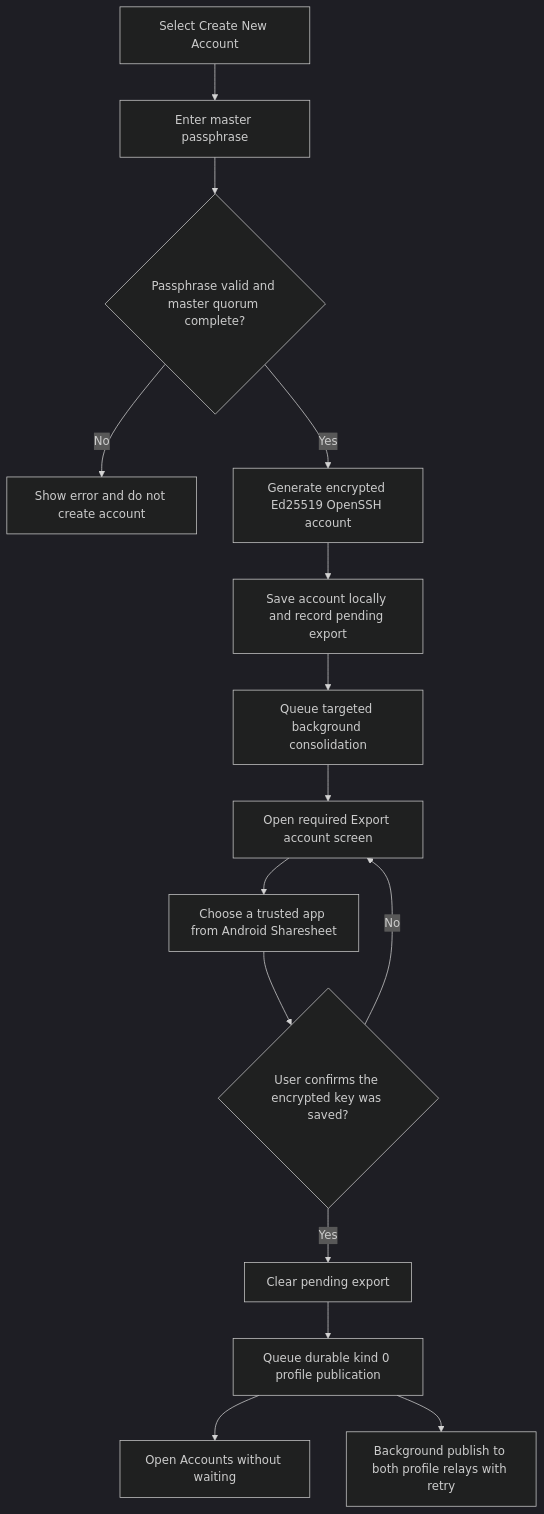
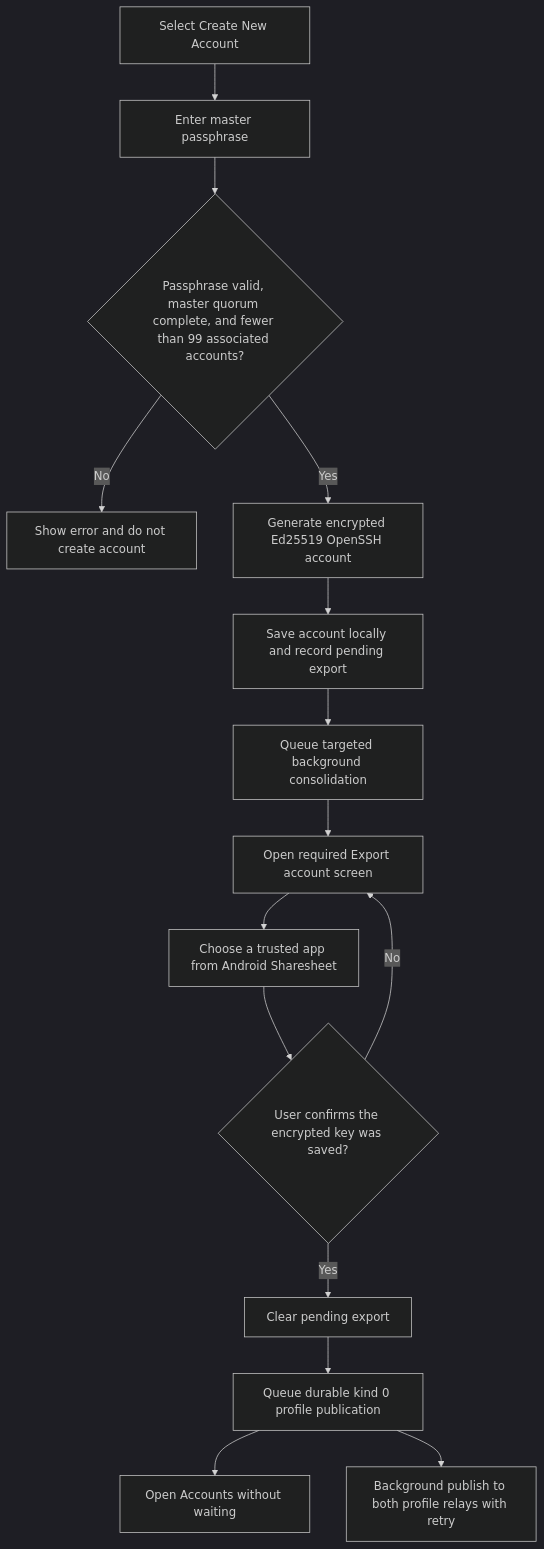
The third of 6 diagrams in docs/stakeholder/flowcharts.md (ZenTenApp/vault-kotlin), drawn with Mermaid (dark theme) before and after one commit. The commit also changed 4 other files, not shown here.

First line of the commit message:
feat(accounts): limit associated accounts to 99

````diff
--- a/docs/stakeholder/flowcharts.md
+++ b/docs/stakeholder/flowcharts.md
@@ -55,17 +55,17 @@
 ```mermaid
 flowchart TD
     Add["Select Create New Account"] --> EnterPassphrase["Enter master passphrase"]
-    EnterPassphrase --> Check{"Passphrase valid and master quorum complete?"}
+    EnterPassphrase --> Check{"Passphrase valid, master quorum complete, and fewer than 99 associated accounts?"}
     Check -->|No| Rejected["Show error and do not create account"]
     Check -->|Yes| Generate["Generate encrypted Ed25519 OpenSSH account"]
     Generate --> Save["Save account locally and record pending export"]
     Save --> Queue["Queue targeted background consolidation"]
     Queue --> Export["Open required Export account screen"]
     Export --> Choose["Choose a trusted app from Android Sharesheet"]
     Choose --> Confirm{"User confirms the encrypted key was saved?"}
     Confirm -->|No| Export
     Confirm -->|Yes| Clear["Clear pending export"]
     Clear --> QueueProfile["Queue durable kind 0 profile publication"]
     QueueProfile --> Accounts["Open Accounts without waiting"]
     QueueProfile --> ProfileWorker["Background publish to both profile relays with retry"]
 ```
````
